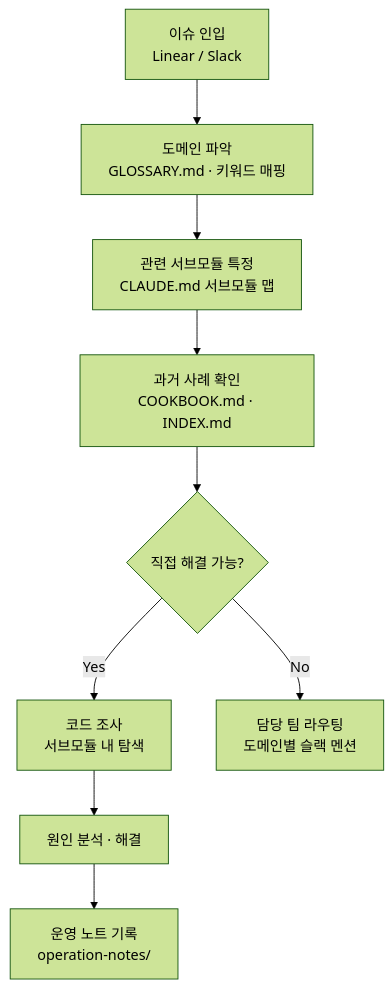
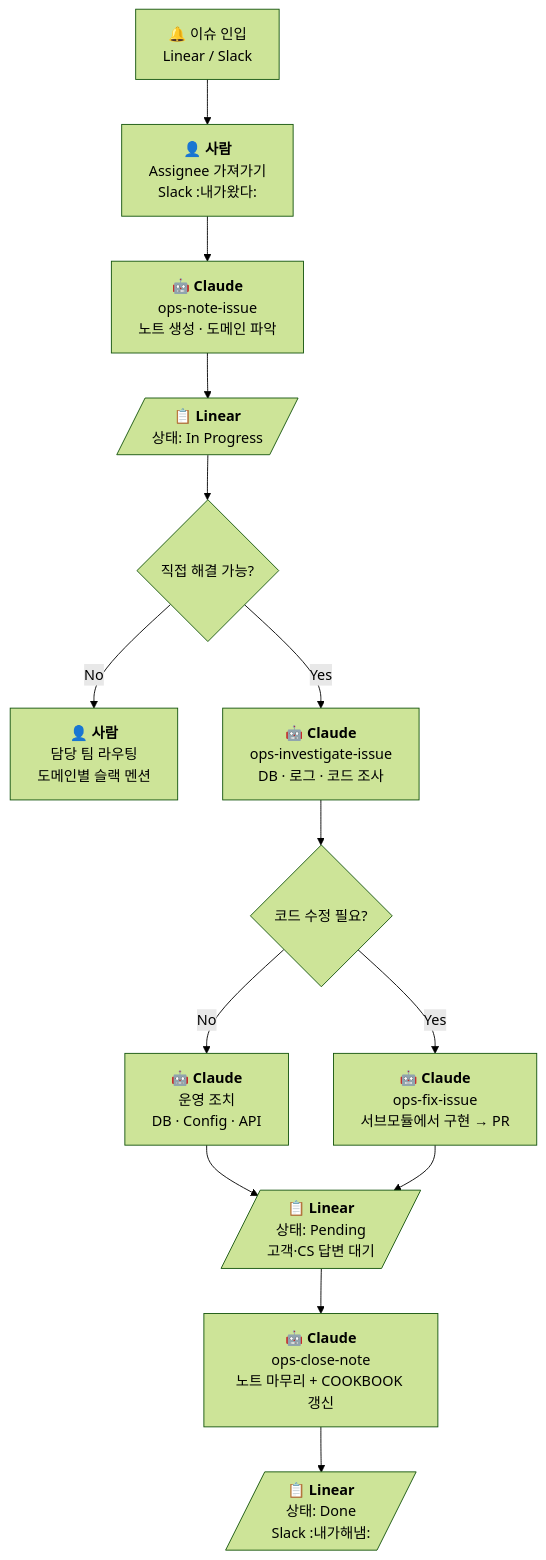
The diagram in README.md (flex-team/flex-oncall), drawn with Mermaid (forest theme) before and after one commit.

Commit message:
📝 운영 워크플로우 다이어그램을 스킬 기반으로 개선
주체(사람/Claude/Linear)와 상태 변경을 반영한 다이어그램으로 교체

````diff
--- a/README.md
+++ b/README.md
@@ -51,11 +51,25 @@
 ```mermaid
 flowchart TD
-    A[이슈 인입<br/>Linear / Slack] --> B[도메인 파악<br/>GLOSSARY.md · 키워드 매핑]
-    B --> C[관련 서브모듈 특정<br/>CLAUDE.md 서브모듈 맵]
-    C --> D[과거 사례 확인<br/>COOKBOOK.md · INDEX.md]
-    D --> E{직접 해결 가능?}
-    E -->|Yes| F[코드 조사<br/>서브모듈 내 탐색]
-    E -->|No| G[담당 팀 라우팅<br/>도메인별 슬랙 멘션]
-    F --> H[원인 분석 · 해결]
-    H --> I[운영 노트 기록<br/>operation-notes/]
+    A["🔔 이슈 인입<br/>Linear / Slack"]
+    A --> B["<b>👤 사람</b><br/>Assignee 가져가기<br/>Slack :내가왔다:"]
+
+    B --> N["<b>🤖 Claude</b><br/>ops-note-issue<br/>노트 생성 · 도메인 파악"]
+
+    N --> S1[/"<b>📋 Linear</b><br/>상태: In Progress"/]
+    S1 --> C{"직접 해결 가능?"}
+
+    C -->|"No"| R["<b>👤 사람</b><br/>담당 팀 라우팅<br/>도메인별 슬랙 멘션"]
+
+    C -->|"Yes"| D["<b>🤖 Claude</b><br/>ops-investigate-issue<br/>DB · 로그 · 코드 조사"]
+
+    D --> E{"코드 수정 필요?"}
+
+    E -->|"No"| F["<b>🤖 Claude</b><br/>운영 조치<br/>DB · Config · API"]
+    E -->|"Yes"| G["<b>🤖 Claude</b><br/>ops-fix-issue<br/>서브모듈에서 구현 → PR"]
+
+    F --> S2[/"<b>📋 Linear</b><br/>상태: Pending<br/>고객·CS 답변 대기"/]
+    G --> S2
+
+    S2 --> H["<b>🤖 Claude</b><br/>ops-close-note<br/>노트 마무리 + COOKBOOK 갱신"]
+    H --> S3[/"<b>📋 Linear</b><br/>상태: Done<br/>Slack :내가해냄:"/]
 ```
````
